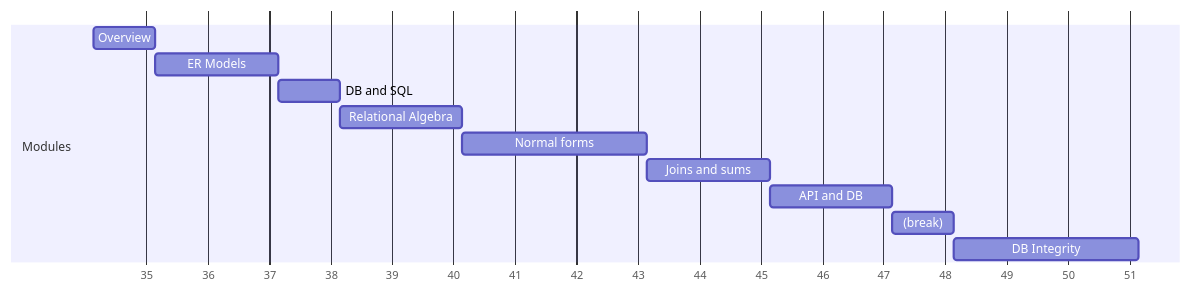
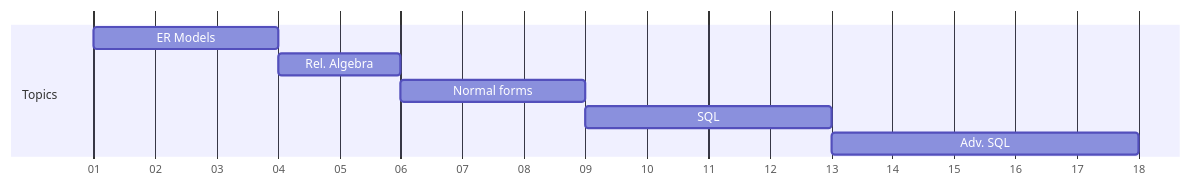
Before and after one commit to lowkeylabs/cmsc408-course-admin: the first of 4 diagrams in topics/_cmsc408-overview.qmd, drawn with Mermaid. The commit also changed other lines of this file and 63 other files, not shown here.

````diff
--- a/topics/_cmsc408-overview.qmd
+++ b/topics/_cmsc408-overview.qmd
@@ -109,17 +163,13 @@
 ```{mermaid}
 %%| echo: false
 gantt
     dateFormat M/DD/YYYY
-    axisFormat %U
+    axisFormat %W
 
-    section Modules
-    Overview : m1, 8/21/2023, 1w
-    ER Models: m2, after m1, 2w
-    DB and SQL: m3, after m2, 1w
-    Relational Algebra: m4, after m3, 2w
+    section Topics
+    ER Models : m1, 1/7/2024, 3w
+    Rel. Algebra: m4, after m1, 2w
     Normal forms: m5, after m4, 3w
-    Joins and sums: m6, after m5, 2w
-    API and DB: m7, after m6, 2w
-    (break): m8, after m7, 1w
-    DB Integrity: m9, after m8, 3w
+    SQL : m6, after m5, 4w
+    Adv. SQL: m7, after m6, 5w
 ```
````
